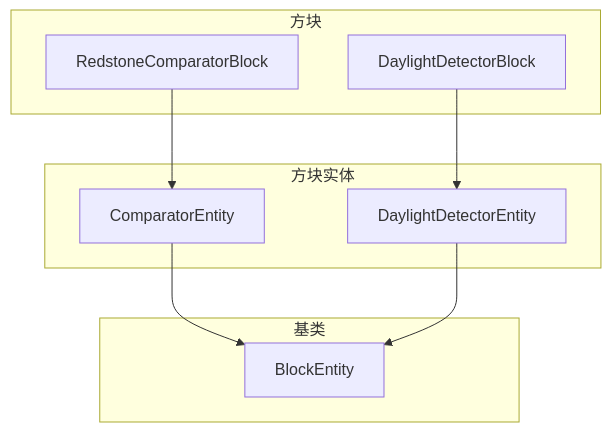
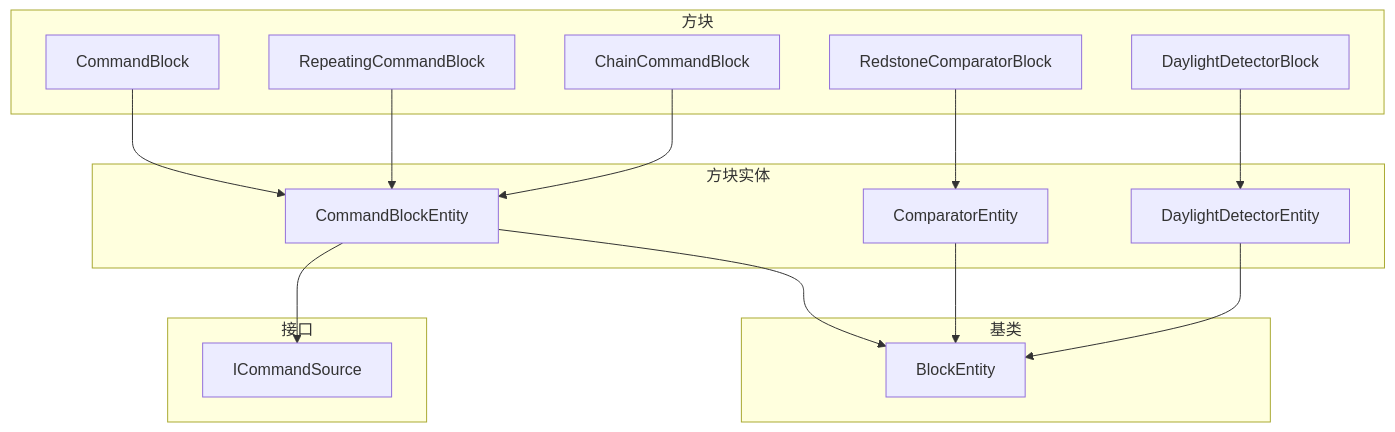
One commit to g122622/Cubium changed the first of 2 diagrams in src/common/world/blockentity/redstone/README.md. Above: the diagram before and after it, drawn with Mermaid. The commit also changed other lines of this file and 5 other files, not shown here.

First line of the commit message:
test(command-block): 添加 CommandBlockEntity 单元测试和更新文档

````diff
--- a/src/common/world/blockentity/redstone/README.md
+++ b/src/common/world/blockentity/redstone/README.md
@@ -52,22 +107,35 @@
 ```mermaid
 graph TB
     subgraph 方块实体
+        CBE[CommandBlockEntity]
         CE[ComparatorEntity]
         DDE[DaylightDetectorEntity]
     end
 
     subgraph 方块
-        RCB[RedstoneComparatorBlock]
+        CB[CommandBlock]
+        RCB[RepeatingCommandBlock]
+        CCB[ChainCommandBlock]
+        RCB2[RedstoneComparatorBlock]
         DDB[DaylightDetectorBlock]
     end
 
     subgraph 基类
         BE[BlockEntity]
     end
 
+    subgraph 接口
+        ICS[ICommandSource]
+    end
+
+    CBE --> BE
+    CBE --> ICS
     CE --> BE
     DDE --> BE
 
-    RCB --> CE
+    CB --> CBE
+    RCB --> CBE
+    CCB --> CBE
+    RCB2 --> CE
     DDB --> DDE
 ```
````
